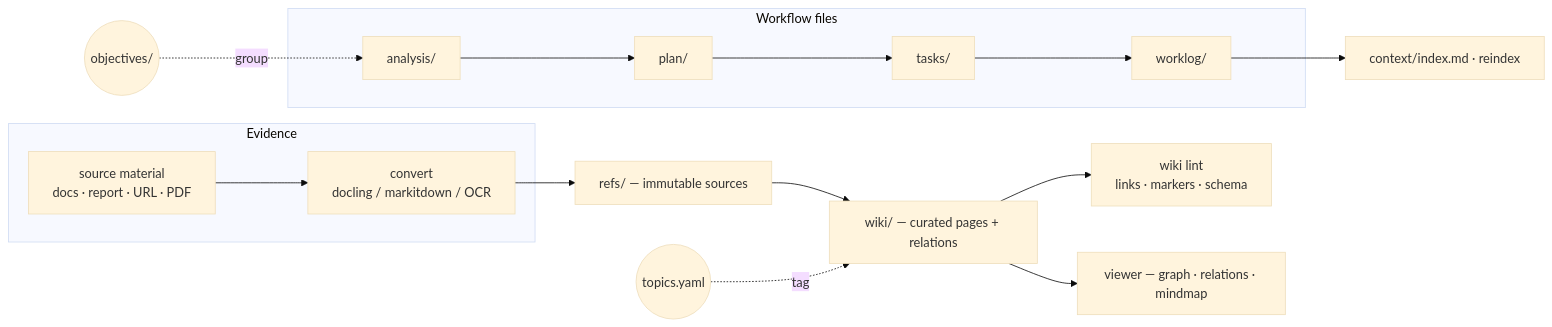
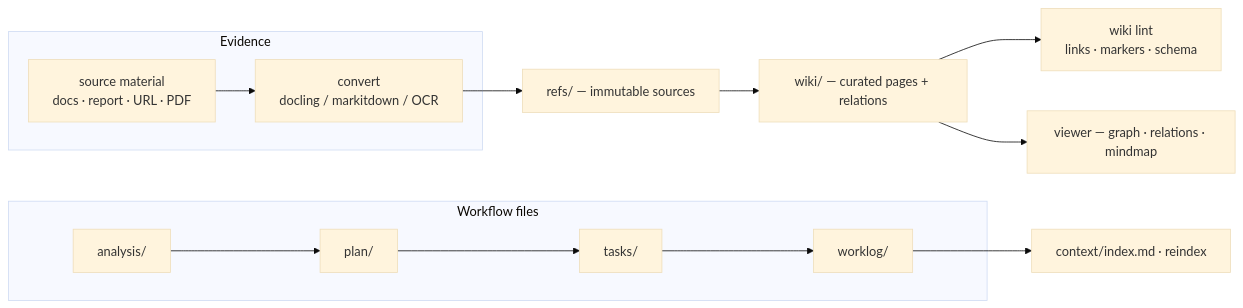
One commit to sandrolain/sdt changed the second of 2 diagrams in README.md. Above: the diagram before and after it, drawn with Mermaid (base theme). The commit also changed other lines of this file and 4 other files, not shown here.

````diff
--- a/README.md
+++ b/README.md
@@ -262,16 +177,14 @@
 ```mermaid
 flowchart LR
     subgraph INPUT["Evidence"]
       SRC[source material<br/>docs · report · URL · PDF] --> CV[convert<br/>docling / markitdown / OCR]
     end
     CV --> REFS[refs/ — immutable sources]
     REFS --> WIKI[wiki/ — curated pages + relations]
     WIKI --> WL[wiki lint<br/>links · markers · schema]
     WIKI --> VB[viewer — graph · relations · mindmap]
     subgraph WORK["Workflow files"]
       AN[analysis/] --> PL[plan/] --> TK[tasks/] --> WL2[worklog/]
     end
     WL2 --> IDX[context/index.md · reindex]
-    topic((topics.yaml)) -. tag .-> WIKI
-    objective((objectives/)) -. group .-> AN
 ```
````
